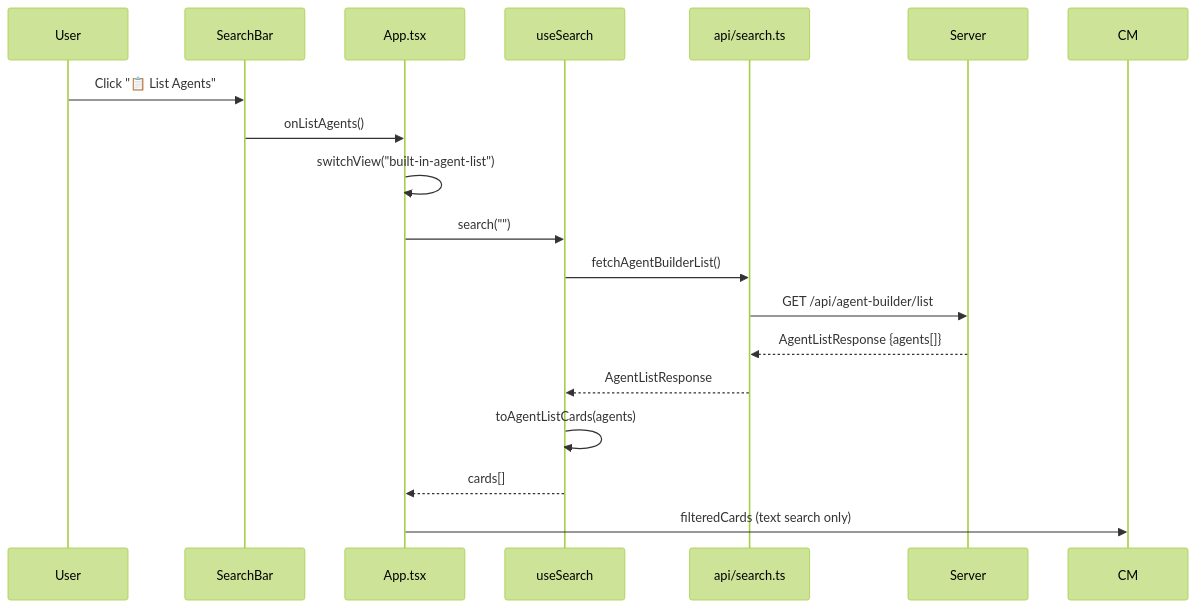
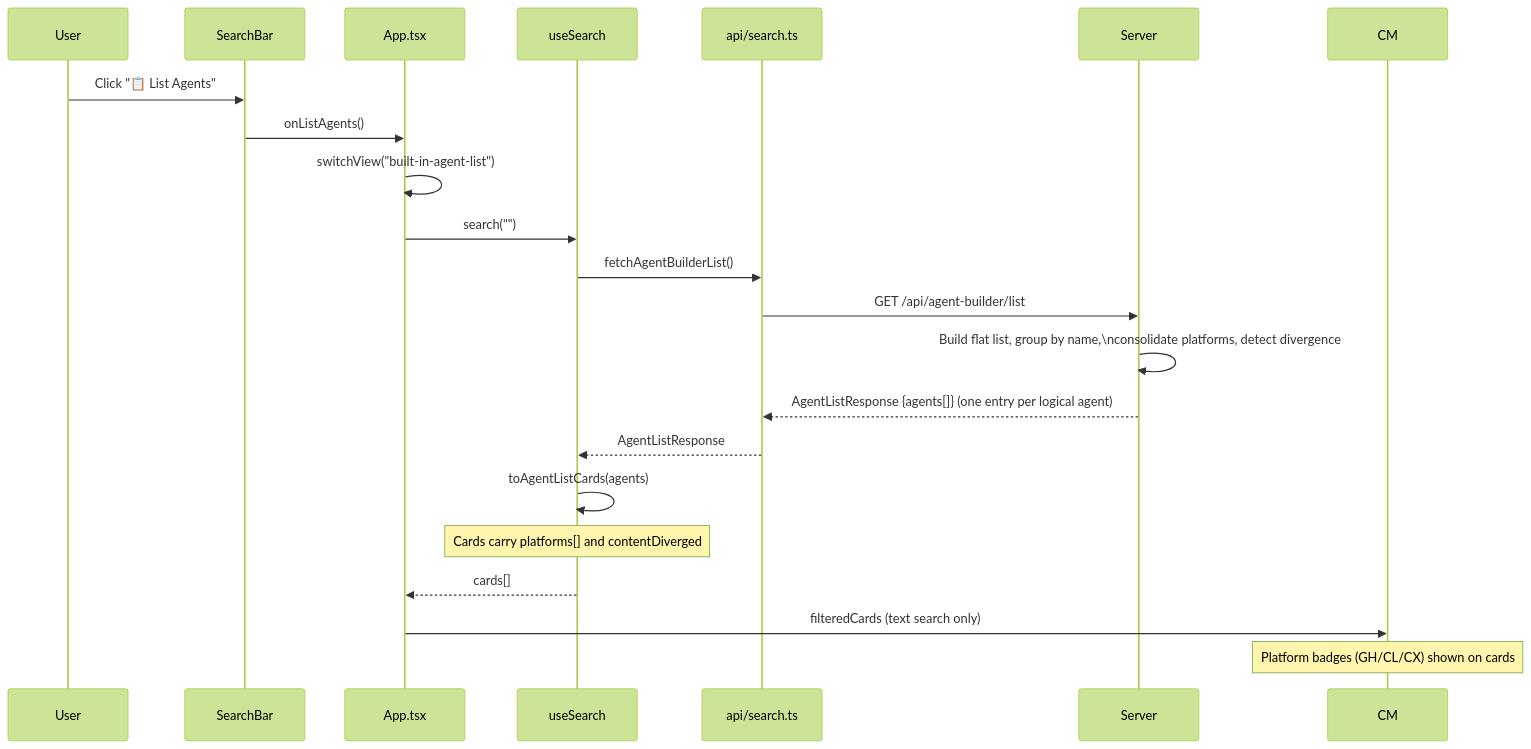
Before and after one commit to Kyliathy/context-core: the seventh of 11 diagrams in visualizer/zz-reach2/architecture/agents/archi-agent-builder-ui.md, drawn with Mermaid (forest theme). The commit also changed other lines of this file and 23 other files, not shown here.

````diff
--- a/visualizer/zz-reach2/architecture/agents/archi-agent-builder-ui.md
+++ b/visualizer/zz-reach2/architecture/agents/archi-agent-builder-ui.md
@@ -335,21 +356,24 @@
 ```mermaid
 sequenceDiagram
     participant U as User
     participant SB as SearchBar
     participant APP as App.tsx
     participant US as useSearch
     participant API as api/search.ts
     participant SRV as Server
 
     U->>SB: Click "📋 List Agents"
     SB->>APP: onListAgents()
     APP->>APP: switchView("built-in-agent-list")
     APP->>US: search("")
     US->>API: fetchAgentBuilderList()
     API->>SRV: GET /api/agent-builder/list
-    SRV-->>API: AgentListResponse {agents[]}
+    SRV->>SRV: Build flat list, group by name,\nconsolidate platforms, detect divergence
+    SRV-->>API: AgentListResponse {agents[]} (one entry per logical agent)
     API-->>US: AgentListResponse
     US->>US: toAgentListCards(agents)
+    Note over US: Cards carry platforms[] and contentDiverged
     US-->>APP: cards[]
     APP->>CM: filteredCards (text search only)
+    Note over CM: Platform badges (GH/CL/CX) shown on cards
 ```
````
